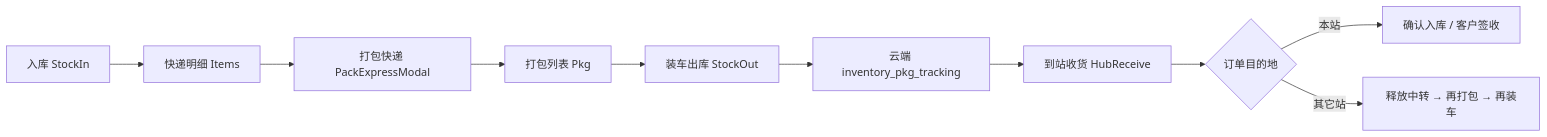
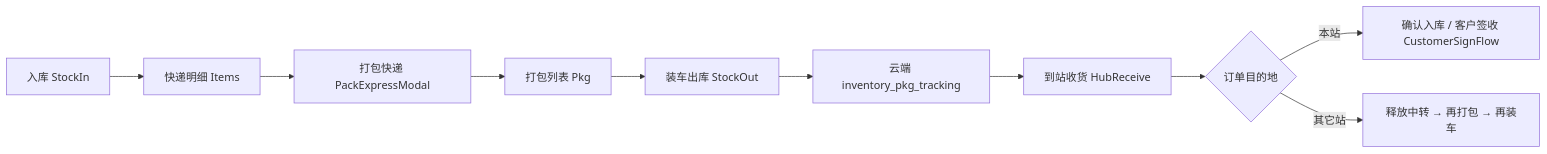
The second of 2 diagrams in AI_GUIDE.md (huangdelun16-lgtm/ml-express), drawn with Mermaid before and after one commit. The commit also changed other lines of this file and 25 other files, not shown here.

````diff
--- a/AI_GUIDE.md
+++ b/AI_GUIDE.md
@@ -420,12 +746,12 @@
 ```mermaid
 flowchart LR
   A[入库 StockIn] --> B[快递明细 Items]
   B --> C[打包快递 PackExpressModal]
   C --> D[打包列表 Pkg]
   D --> E[装车出库 StockOut]
   E --> F[云端 inventory_pkg_tracking]
   F --> G[到站收货 HubReceive]
   G --> H{订单目的地}
-  H -->|本站| I[确认入库 / 客户签收]
+  H -->|本站| I[确认入库 / 客户签收 CustomerSignFlow]
   H -->|其它站| J[释放中转 → 再打包 → 再装车]
 ```
````
